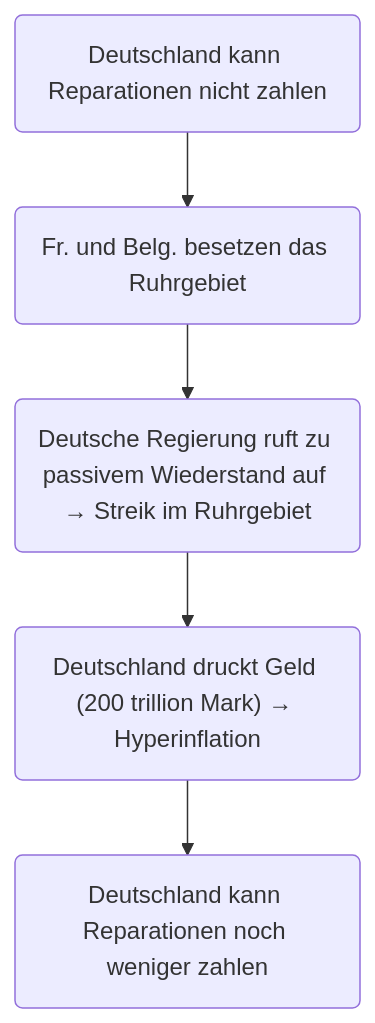
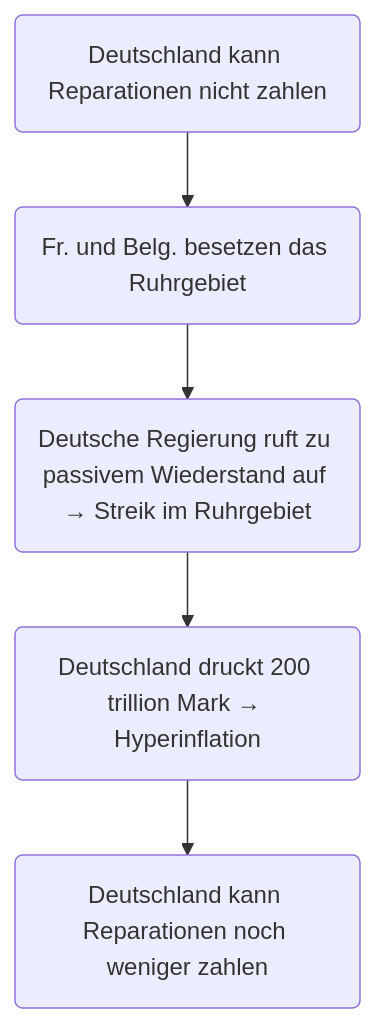
Before and after one commit to DNAScanner/Schule: the first of 2 diagrams in K9/Geschichte/1.md, drawn with Mermaid.

````diff
--- a/K9/Geschichte/1.md
+++ b/K9/Geschichte/1.md
@@ -98,7 +98,7 @@
 ```mermaid
 graph TB
     A(Deutschland kann Reparationen nicht zahlen) --> B(Fr. und Belg. besetzen das Ruhrgebiet)
     B --> C(Deutsche Regierung ruft zu passivem Wiederstand auf &rarr; Streik im Ruhrgebiet)
-    C --> D("Deutschland druckt Geld (200 trillion Mark) &rarr; Hyperinflation")
+    C --> D(Deutschland druckt 200 trillion Mark &rarr; Hyperinflation)
     D --> E(Deutschland kann Reparationen noch weniger zahlen)
 ```
````
